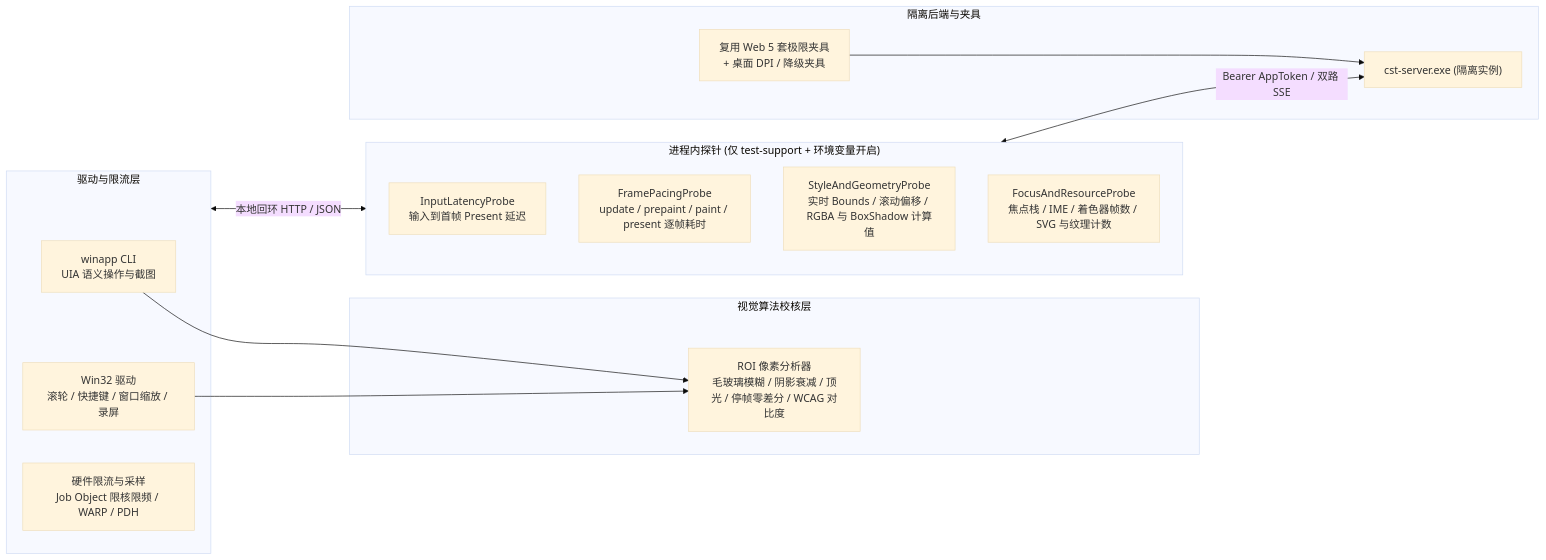
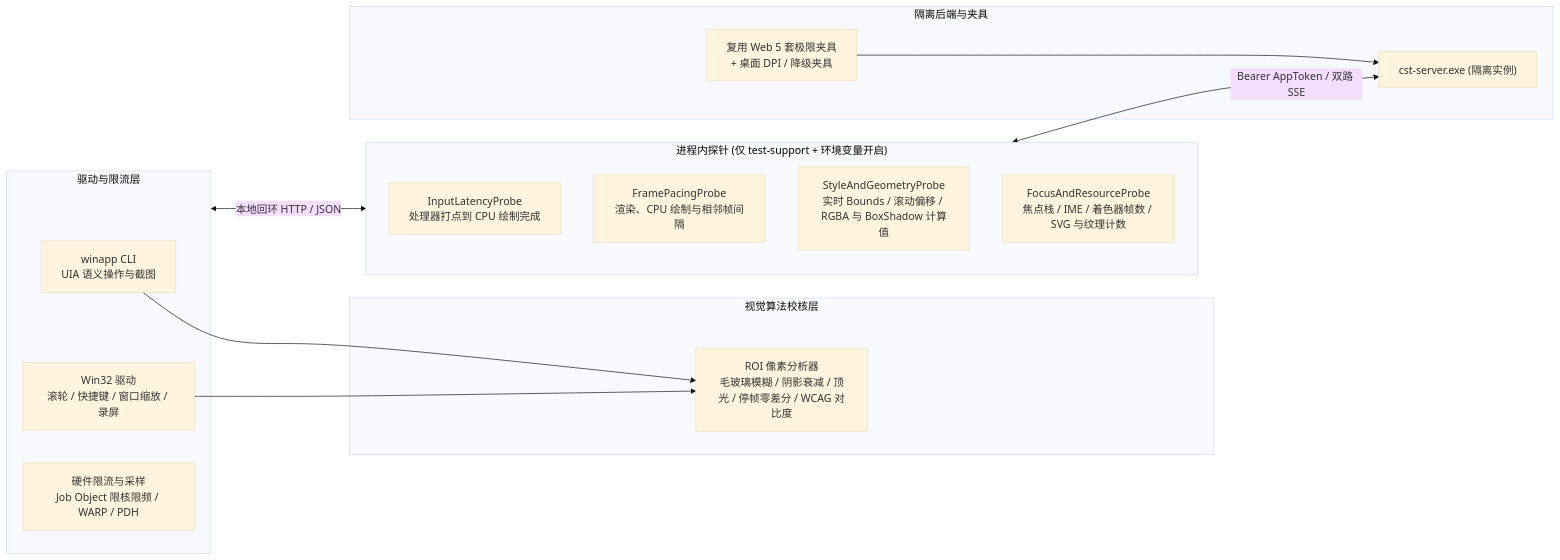
The diagram in doc/desktop/test/ux-e2e.md (SCAU-Computer-Serving-Team/cst-pilot), drawn with Mermaid (base theme) before and after one commit. The commit also changed other lines of this file and 2 other files, not shown here.

````diff
--- a/doc/desktop/test/ux-e2e.md
+++ b/doc/desktop/test/ux-e2e.md
@@ -11,29 +11,29 @@
 ```mermaid
 flowchart LR
     subgraph Drivers["驱动与限流层"]
         WA["winapp CLI<br/>UIA 语义操作与截图"]
         W32["Win32 驱动<br/>滚轮 / 快捷键 / 窗口缩放 / 录屏"]
         JOB["硬件限流与采样<br/>Job Object 限核限频 / WARP / PDH"]
     end
 
     subgraph Probes["进程内探针 (仅 test-support + 环境变量开启)"]
-        P1["InputLatencyProbe<br/>输入到首帧 Present 延迟"]
-        P2["FramePacingProbe<br/>update / prepaint / paint / present 逐帧耗时"]
+        P1["InputLatencyProbe<br/>处理器打点到 CPU 绘制完成"]
+        P2["FramePacingProbe<br/>渲染、CPU 绘制与相邻帧间隔"]
         P3["StyleAndGeometryProbe<br/>实时 Bounds / 滚动偏移 / RGBA 与 BoxShadow 计算值"]
         P4["FocusAndResourceProbe<br/>焦点栈 / IME / 着色器帧数 / SVG 与纹理计数"]
     end
 
     subgraph Visual["视觉算法校核层"]
         PIX["ROI 像素分析器<br/>毛玻璃模糊 / 阴影衰减 / 顶光 / 停帧零差分 / WCAG 对比度"]
     end
 
     subgraph Backend["隔离后端与夹具"]
         SRV["cst-server.exe (隔离实例)"]
         FIX["复用 Web 5 套极限夹具<br/>+ 桌面 DPI / 降级夹具"]
     end
 
     Drivers <-->|"本地回环 HTTP / JSON"| Probes
     WA & W32 --> PIX
     Probes <-->|"Bearer AppToken / 双路 SSE"| SRV
     FIX --> SRV
 ```
````
